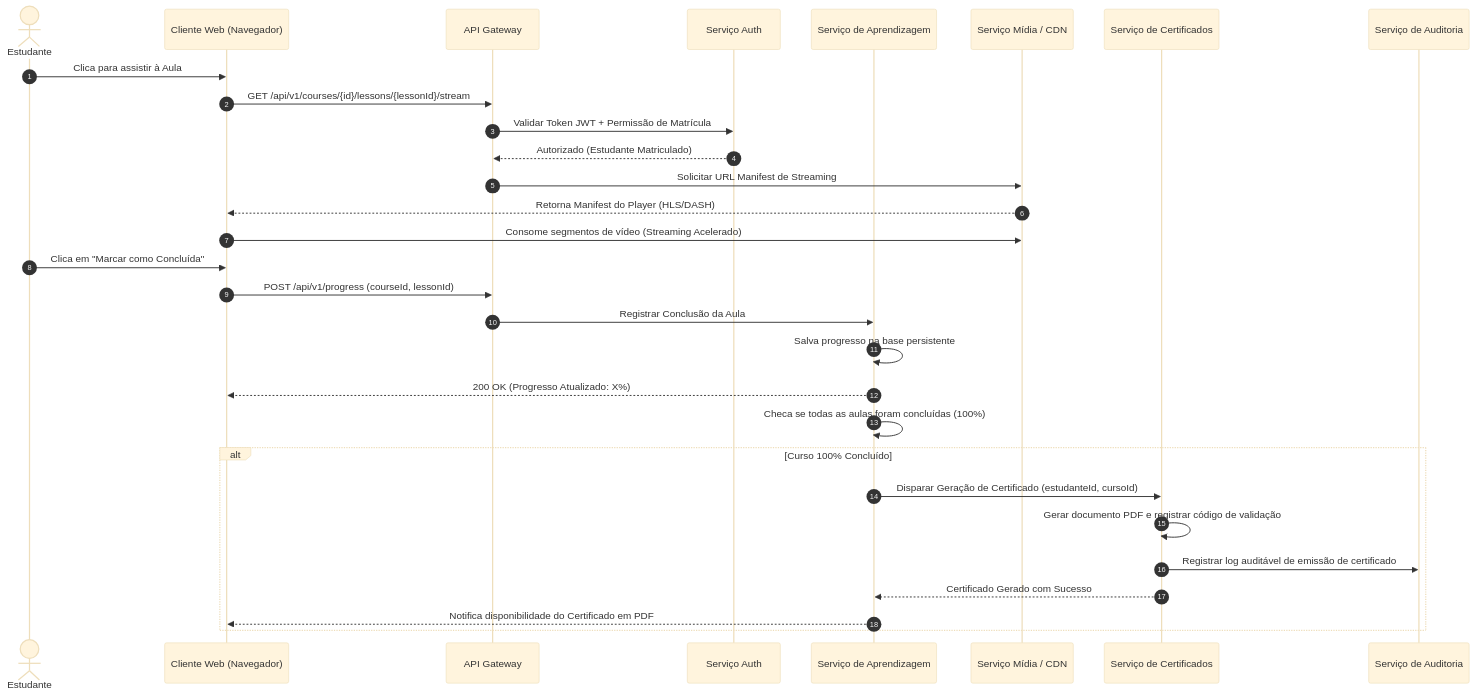
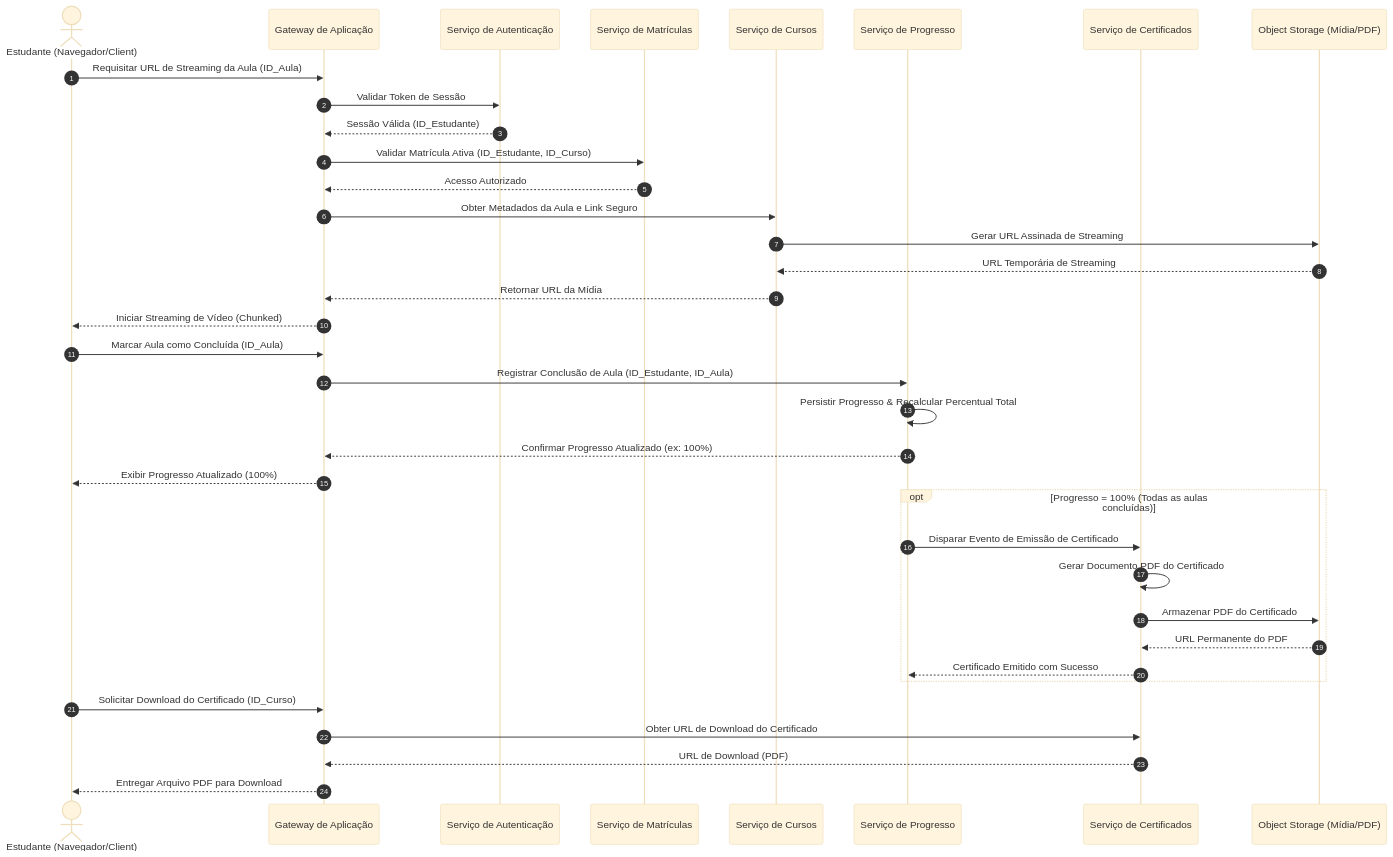
Before and after one commit to PDC-ESIA/AI4ES: the second of 2 diagrams in docs/Time_2_Design/analise-qualitativa/outputs/relatorio_gemini_3_6_flash_M01.md, drawn with Mermaid (base theme). The commit also changed other lines of this file and 107 other files, not shown here.

````diff
--- a/docs/Time_2_Design/analise-qualitativa/outputs/relatorio_gemini_3_6_flash_M01.md
+++ b/docs/Time_2_Design/analise-qualitativa/outputs/relatorio_gemini_3_6_flash_M01.md
@@ -84,38 +79,47 @@
 ```mermaid
 sequenceDiagram
     autonumber
-    actor Estudante
-    participant WebClient as Cliente Web (Navegador)
-    participant Gateway as API Gateway
-    participant Auth as Serviço Auth
-    participant Learning as Serviço de Aprendizagem
-    participant Media as Serviço Mídia / CDN
-    participant Cert as Serviço de Certificados
-    participant Audit as Serviço de Auditoria
+    actor E as Estudante (Navegador/Client)
+    participant G as Gateway de Aplicação
+    participant S_AUTH as Serviço de Autenticação
+    participant S_MAT as Serviço de Matrículas
+    participant S_CURSO as Serviço de Cursos
+    participant S_PROG as Serviço de Progresso
+    participant S_CERT as Serviço de Certificados
+    participant OBS as Object Storage (Mídia/PDF)
 
-    %% Fluxo de Validação de Acesso e Streaming
-    Estudante ->> WebClient: Clica para assistir à Aula
-    WebClient ->> Gateway: GET /api/v1/courses/{id}/lessons/{lessonId}/stream
-    Gateway ->> Auth: Validar Token JWT + Permissão de Matrícula
-    Auth -->> Gateway: Autorizado (Estudante Matriculado)
-    Gateway ->> Media: Solicitar URL Manifest de Streaming
-    Media -->> WebClient: Retorna Manifest do Player (HLS/DASH)
-    WebClient ->> Media: Consome segmentos de vídeo (Streaming Acelerado)
+    %% Autenticação e Verificação de Acesso
+    E->>G: Requisitar URL de Streaming da Aula (ID_Aula)
+    G->>S_AUTH: Validar Token de Sessão
+    S_AUTH-->>G: Sessão Válida (ID_Estudante)
+    G->>S_MAT: Validar Matrícula Ativa (ID_Estudante, ID_Curso)
+    S_MAT-->>G: Acesso Autorizado
+    
+    %% Streaming de Vídeo
+    G->>S_CURSO: Obter Metadados da Aula e Link Seguro
+    S_CURSO->>OBS: Gerar URL Assinada de Streaming
+    OBS-->>S_CURSO: URL Temporária de Streaming
+    S_CURSO-->>G: Retornar URL da Mídia
+    G-->>E: Iniciar Streaming de Vídeo (Chunked)
 
-    %% Registro de Conclusão e Evento Assíncrono
-    Estudante ->> WebClient: Clica em "Marcar como Concluída"
-    WebClient ->> Gateway: POST /api/v1/progress (courseId, lessonId)
-    Gateway ->> Learning: Registrar Conclusão da Aula
-    Learning ->> Learning: Salva progresso na base persistente
-    Learning -->> WebClient: 200 OK (Progresso Atualizado: X%)
+    %% Conclusão de Aula e Atualização de Progresso
+    E->>G: Marcar Aula como Concluída (ID_Aula)
+    G->>S_PROG: Registrar Conclusão de Aula (ID_Estudante, ID_Aula)
+    S_PROG->>S_PROG: Persistir Progresso & Recalcular Percentual Total
+    S_PROG-->>G: Confirmar Progresso Atualizado (ex: 100%)
+    G-->>E: Exibir Progresso Atualizado (100%)
 
-    %% Verificação de Término do Curso e Certificação
-    Learning ->> Learning: Checa se todas as aulas foram concluídas (100%)
-    alt Curso 100% Concluído
-        Learning ->> Cert: Disparar Geração de Certificado (estudanteId, cursoId)
-        Cert ->> Cert: Gerar documento PDF e registrar código de validação
-        Cert ->> Audit: Registrar log auditável de emissão de certificado
-        Cert -->> Learning: Certificado Gerado com Sucesso
-        Learning -->> WebClient: Notifica disponibilidade do Certificado em PDF
+    %% Emissão e Download de Certificado
+    opt Progresso = 100% (Todas as aulas concluídas)
+        S_PROG->>S_CERT: Disparar Evento de Emissão de Certificado
+        S_CERT->>S_CERT: Gerar Documento PDF do Certificado
+        S_CERT->>OBS: Armazenar PDF do Certificado
+        OBS-->>S_CERT: URL Permanente do PDF
+        S_CERT-->>S_PROG: Certificado Emitido com Sucesso
     end
+
+    E->>G: Solicitar Download do Certificado (ID_Curso)
+    G->>S_CERT: Obter URL de Download do Certificado
+    S_CERT-->>G: URL de Download (PDF)
+    G-->>E: Entregar Arquivo PDF para Download
 ```
````
